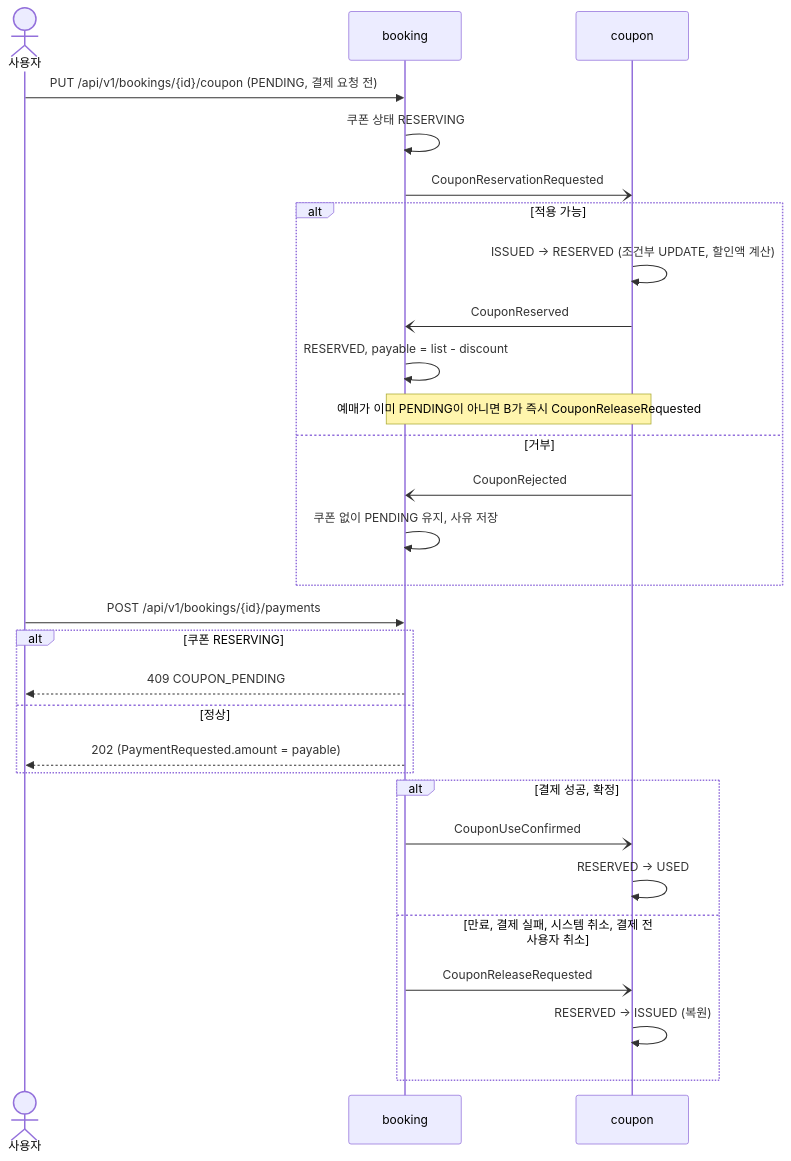
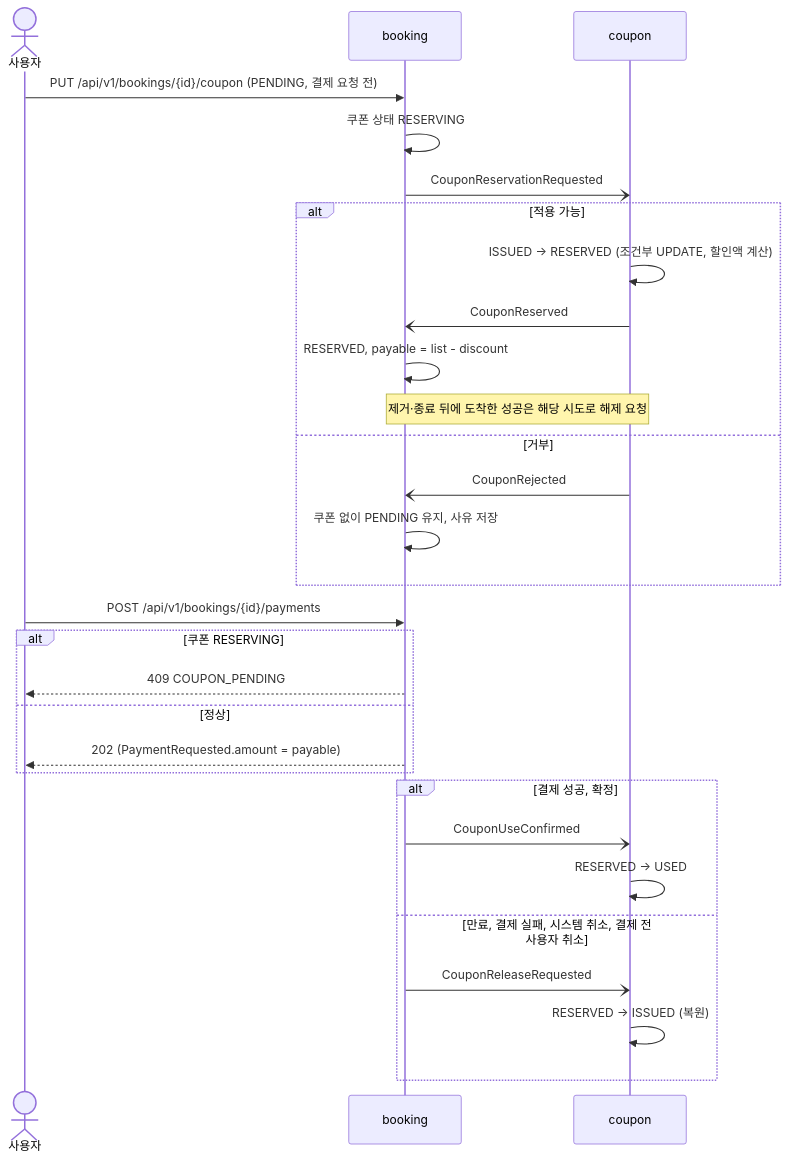
Before and after one commit to jkonury/ticketing: the second of 3 diagrams in docs/architecture/flows.md, drawn with Mermaid. The commit also changed other lines of this file and 11 other files, not shown here.

````diff
--- a/docs/architecture/flows.md
+++ b/docs/architecture/flows.md
@@ -156,34 +156,34 @@
 ```mermaid
 sequenceDiagram
     actor U as 사용자
     participant B as booking
     participant C as coupon
 
     U->>B: PUT /api/v1/bookings/{id}/coupon (PENDING, 결제 요청 전)
     B->>B: 쿠폰 상태 RESERVING
     B-)C: CouponReservationRequested
     alt 적용 가능
         C->>C: ISSUED -> RESERVED (조건부 UPDATE, 할인액 계산)
         C-)B: CouponReserved
         B->>B: RESERVED, payable = list - discount
-        Note over B,C: 예매가 이미 PENDING이 아니면 B가 즉시 CouponReleaseRequested
+        Note over B,C: 제거·종료 뒤에 도착한 성공은 해당 시도로 해제 요청
     else 거부
         C-)B: CouponRejected
         B->>B: 쿠폰 없이 PENDING 유지, 사유 저장
     end
 
     U->>B: POST /api/v1/bookings/{id}/payments
     alt 쿠폰 RESERVING
         B-->>U: 409 COUPON_PENDING
     else 정상
         B-->>U: 202 (PaymentRequested.amount = payable)
     end
 
     alt 결제 성공, 확정
         B-)C: CouponUseConfirmed
         C->>C: RESERVED -> USED
     else 만료, 결제 실패, 시스템 취소, 결제 전 사용자 취소
         B-)C: CouponReleaseRequested
         C->>C: RESERVED -> ISSUED (복원)
     end
 ```
````
